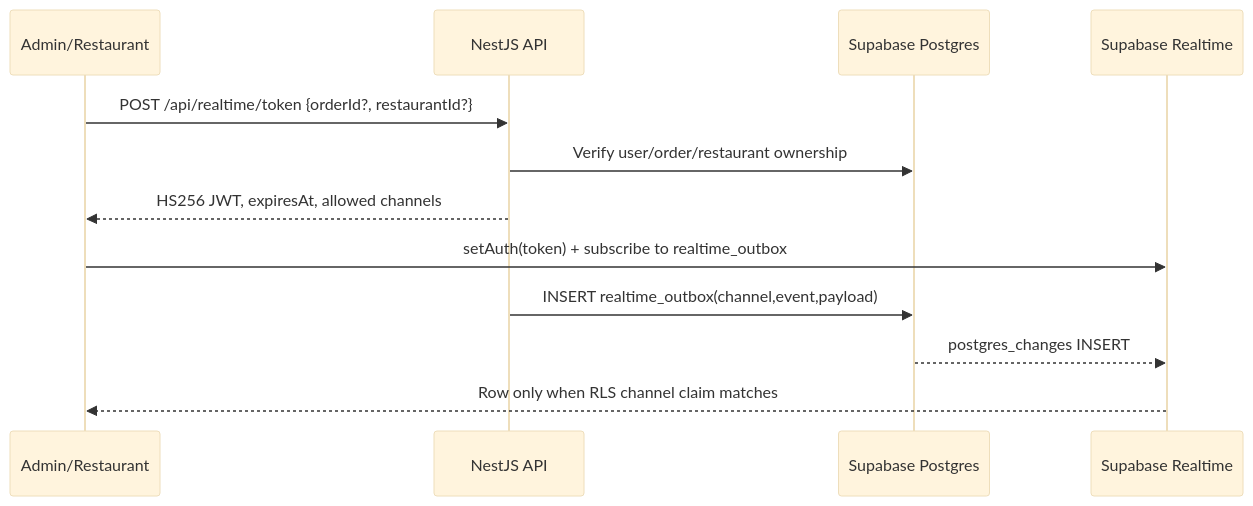
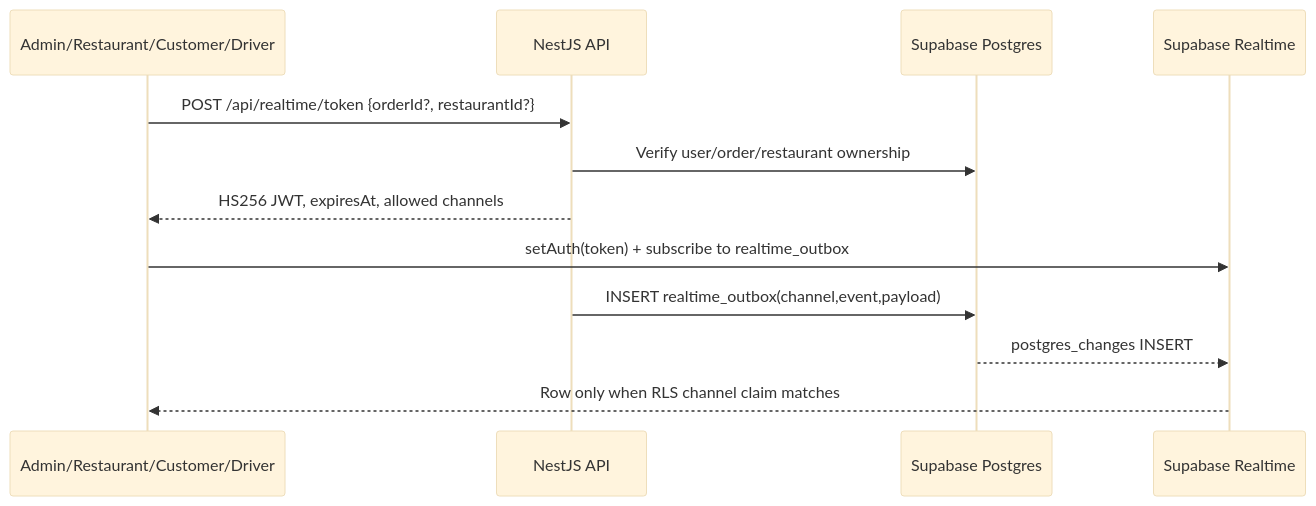
One commit to JasonTM17/FoodDelivery_App changed the third of 4 diagrams in docs/system-architecture.md. Above: the diagram before and after it, drawn with Mermaid (base theme). The commit also changed other lines of this file and 26 other files, not shown here.

````diff
--- a/docs/system-architecture.md
+++ b/docs/system-architecture.md
@@ -74,15 +78,15 @@
 ```mermaid
 sequenceDiagram
-    participant Web as Admin/Restaurant
+    participant Client as Admin/Restaurant/Customer/Driver
     participant API as NestJS API
     participant DB as Supabase Postgres
     participant RT as Supabase Realtime
 
-    Web->>API: POST /api/realtime/token {orderId?, restaurantId?}
+    Client->>API: POST /api/realtime/token {orderId?, restaurantId?}
     API->>DB: Verify user/order/restaurant ownership
-    API-->>Web: HS256 JWT, expiresAt, allowed channels
-    Web->>RT: setAuth(token) + subscribe to realtime_outbox
+    API-->>Client: HS256 JWT, expiresAt, allowed channels
+    Client->>RT: setAuth(token) + subscribe to realtime_outbox
     API->>DB: INSERT realtime_outbox(channel,event,payload)
     DB-->>RT: postgres_changes INSERT
-    RT-->>Web: Row only when RLS channel claim matches
+    RT-->>Client: Row only when RLS channel claim matches
 ```
````
